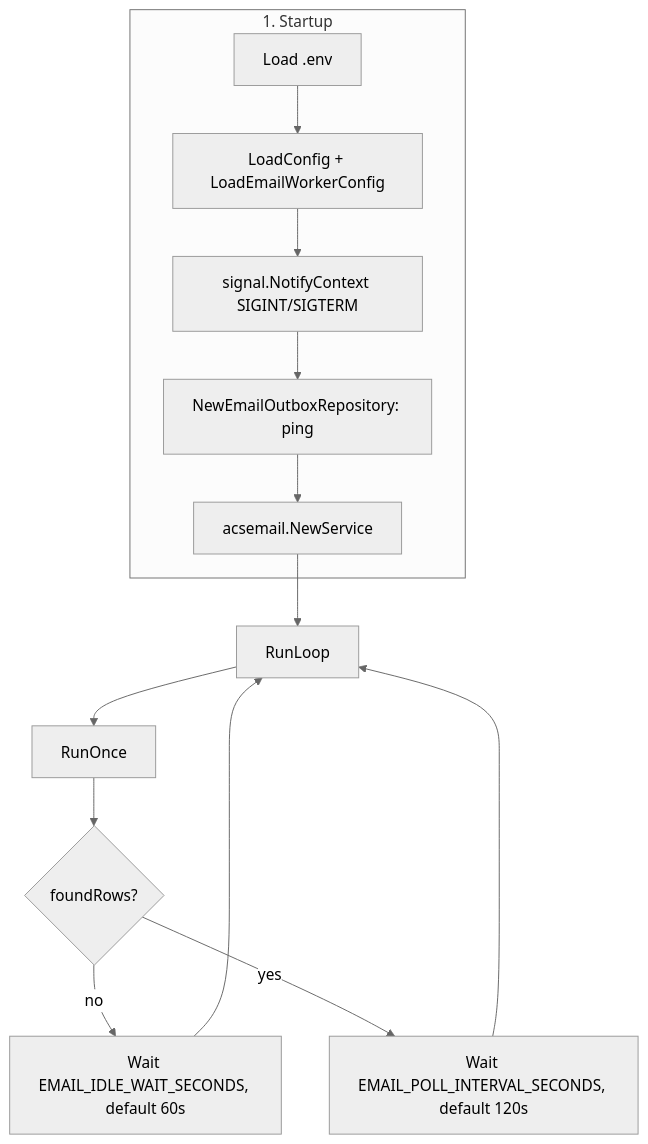
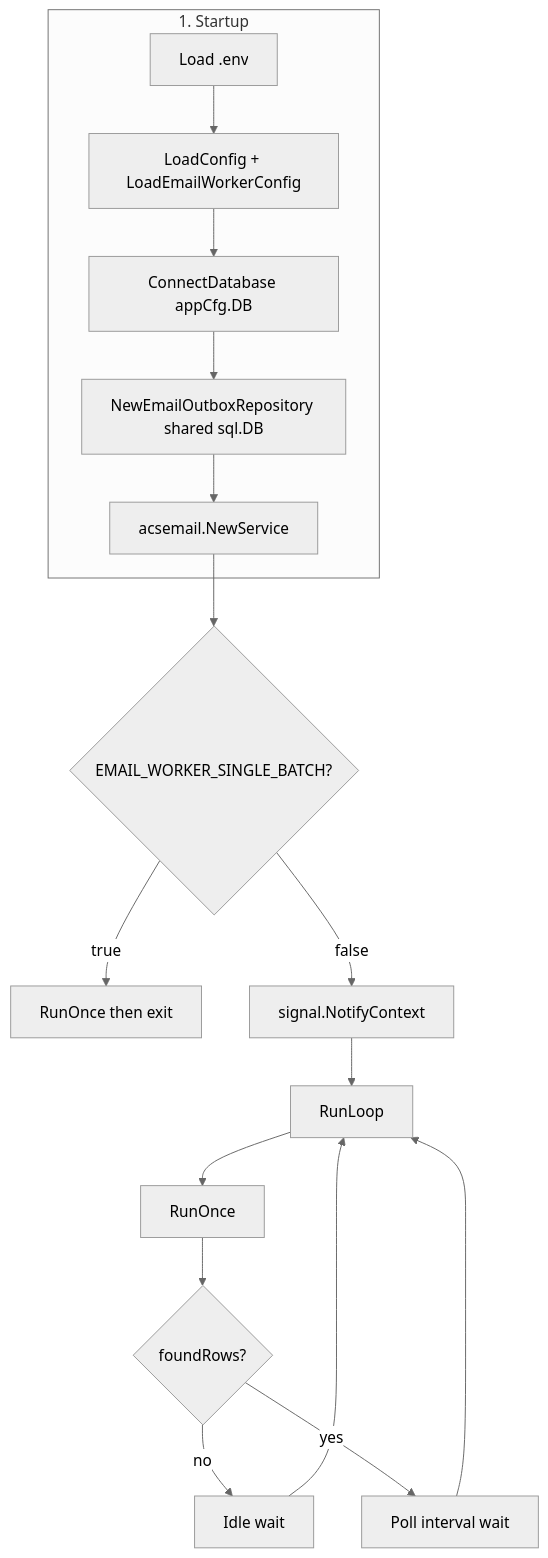
The first of 3 diagrams in docs/EMAIL_WORKER.md (Marimuthu-Dev/B2B-Aggregator-APIs), drawn with Mermaid (neutral theme) before and after one commit. The commit also changed other lines of this file and 3 other files, not shown here.

Commit message:
Email Worker - Process Developments

````diff
--- a/docs/EMAIL_WORKER.md
+++ b/docs/EMAIL_WORKER.md
@@ -122,16 +122,19 @@
 ```mermaid
 flowchart TD
   subgraph boot["1. Startup"]
     L[Load .env] --> CFG[LoadConfig + LoadEmailWorkerConfig]
-    CFG --> SIG[signal.NotifyContext SIGINT/SIGTERM]
-    SIG --> DB[NewEmailOutboxRepository: ping]
-    DB --> ACS[acsemail.NewService]
+    CFG --> DB[ConnectDatabase appCfg.DB]
+    DB --> REPO[NewEmailOutboxRepository shared sql.DB]
+    REPO --> ACS[acsemail.NewService]
   end
-  ACS --> RW[RunLoop]
+  ACS --> MODE{EMAIL_WORKER_SINGLE_BATCH?}
+  MODE -->|true| ONCE[RunOnce then exit]
+  MODE -->|false| SIG[signal.NotifyContext]
+  SIG --> RW[RunLoop]
   RW --> P[RunOnce]
   P --> S{foundRows?}
-  S -->|no| I[Wait EMAIL_IDLE_WAIT_SECONDS, default 60s]
-  S -->|yes| T[Wait EMAIL_POLL_INTERVAL_SECONDS, default 120s]
+  S -->|no| I[Idle wait]
+  S -->|yes| T[Poll interval wait]
   I --> RW
   T --> RW
 ```
````
